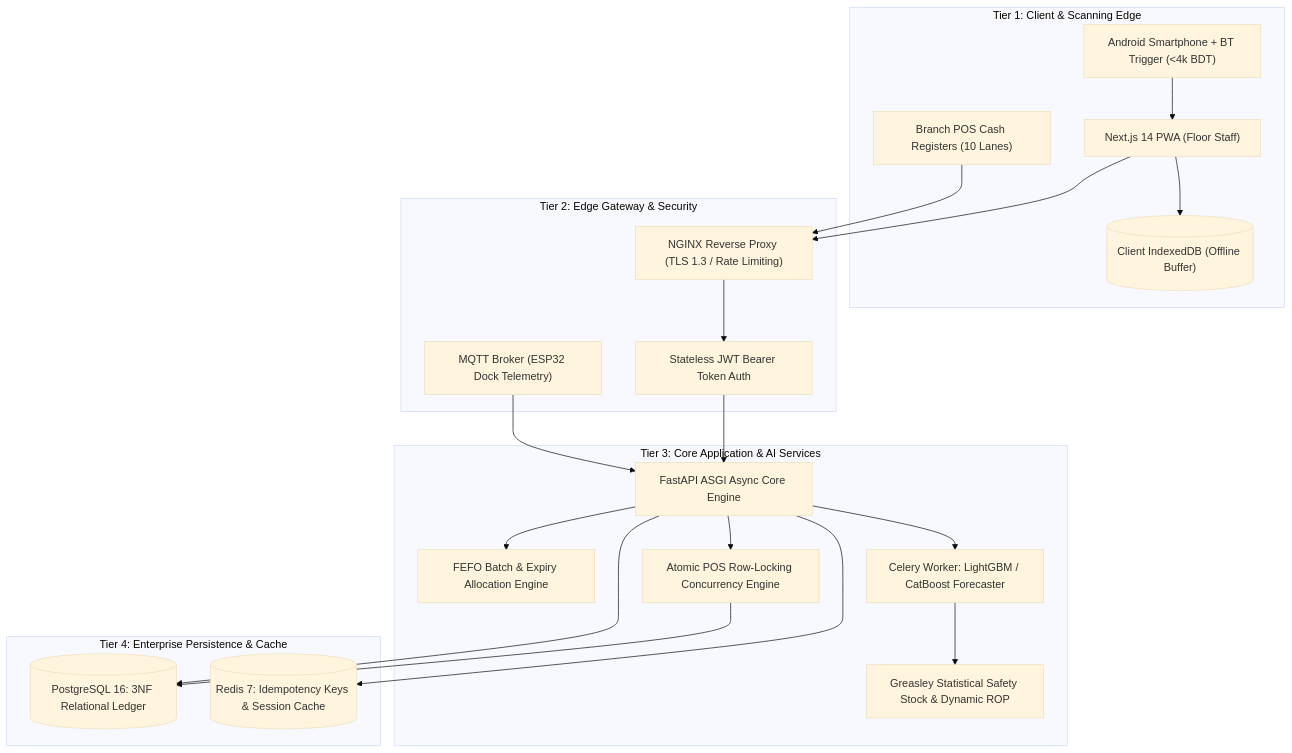
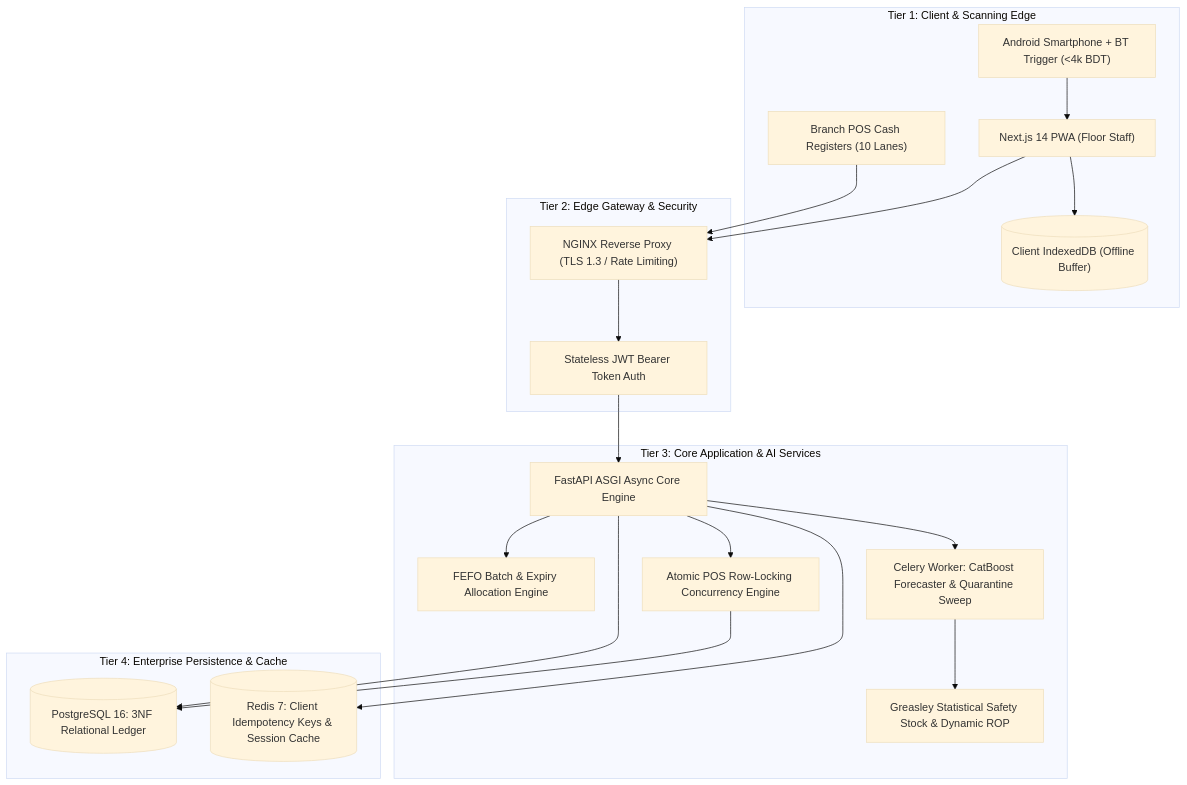
Before and after one commit to Likhon545466/retailsync: the first of 6 diagrams in proposal/PROJECT_PROPOSAL.md, drawn with Mermaid (base theme). The commit also changed other lines of this file and 4 other files, not shown here.

First line of the commit message:
fix(architecture): implement all audit refactorings (v2.0.0-RELEASE)

````diff
--- a/proposal/PROJECT_PROPOSAL.md
+++ b/proposal/PROJECT_PROPOSAL.md
@@ -259,43 +269,41 @@
 ```mermaid
 graph TB
     subgraph Tier1 [Tier 1: Client & Scanning Edge]
         PWA["Next.js 14 PWA (Floor Staff)"]
         POS["Branch POS Cash Registers (10 Lanes)"]
         MOB["Android Smartphone + BT Trigger (<4k BDT)"]
         IDB[("Client IndexedDB (Offline Buffer)")]
     end
 
     subgraph Tier2 [Tier 2: Edge Gateway & Security]
         NGINX["NGINX Reverse Proxy (TLS 1.3 / Rate Limiting)"]
         JWT["Stateless JWT Bearer Token Auth"]
-        MQTT["MQTT Broker (ESP32 Dock Telemetry)"]
     end
 
     subgraph Tier3 [Tier 3: Core Application & AI Services]
         API["FastAPI ASGI Async Core Engine"]
         FEFO["FEFO Batch & Expiry Allocation Engine"]
         POS_SVC["Atomic POS Row-Locking Concurrency Engine"]
-        AI_WORKER["Celery Worker: LightGBM / CatBoost Forecaster"]
+        AI_WORKER["Celery Worker: CatBoost Forecaster & Quarantine Sweep"]
         DSS["Greasley Statistical Safety Stock & Dynamic ROP"]
     end
 
     subgraph Tier4 [Tier 4: Enterprise Persistence & Cache]
         PG16[("PostgreSQL 16: 3NF Relational Ledger")]
-        REDIS[("Redis 7: Idempotency Keys & Session Cache")]
+        REDIS[("Redis 7: Client Idempotency Keys & Session Cache")]
     end
 
     MOB --> PWA
     PWA --> IDB
     PWA --> NGINX
     POS --> NGINX
     NGINX --> JWT
     JWT --> API
-    MQTT --> API
     API --> FEFO
     API --> POS_SVC
     API --> AI_WORKER
     AI_WORKER --> DSS
     POS_SVC --> PG16
     API --> PG16
     API --> REDIS
 ```
````
